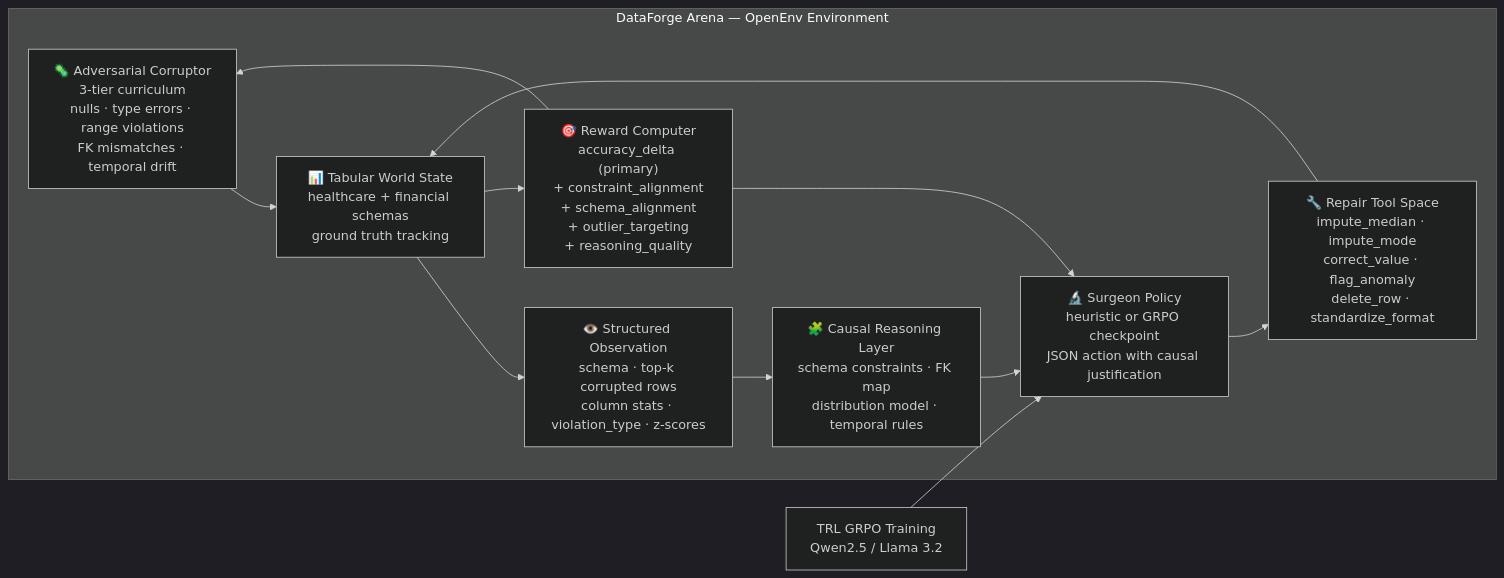
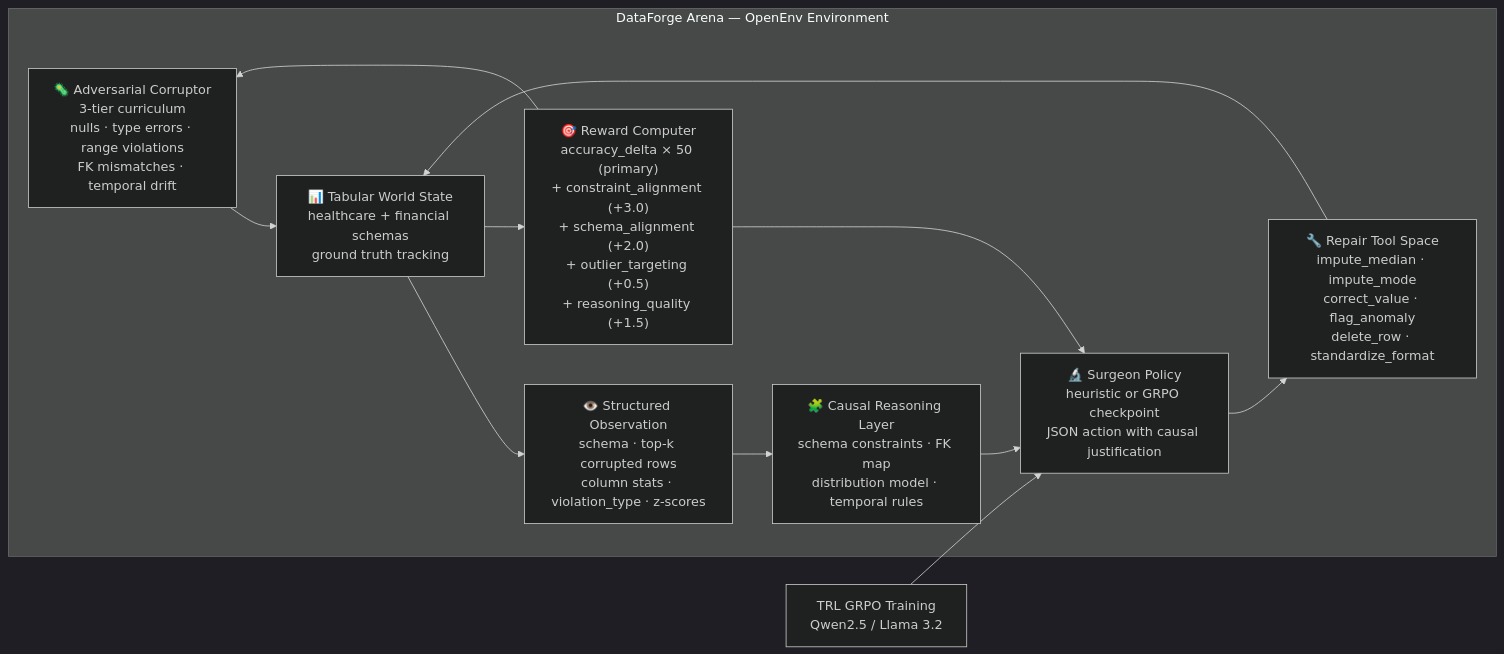
The diagram in README.md (vivekyarra/dataforge-arena), drawn with Mermaid (dark theme) before and after one commit. The commit also changed other lines of this file and 23 other files, not shown here.

````diff
--- a/README.md
+++ b/README.md
@@ -145,15 +149,15 @@
 ```mermaid
 flowchart LR
     subgraph OPENENV["DataForge Arena — OpenEnv Environment"]
         C["🦠 Adversarial Corruptor\n3-tier curriculum\nnulls · type errors · range violations\nFK mismatches · temporal drift"]
         E["📊 Tabular World State\nhealthcare + financial schemas\nground truth tracking"]
         O["👁️ Structured Observation\nschema · top-k corrupted rows\ncolumn stats · violation_type · z-scores"]
         W["🧩 Causal Reasoning Layer\nschema constraints · FK map\ndistribution model · temporal rules"]
         A["🔬 Surgeon Policy\nheuristic or GRPO checkpoint\nJSON action with causal justification"]
         T["🔧 Repair Tool Space\nimpute_median · impute_mode\ncorrect_value · flag_anomaly\ndelete_row · standardize_format"]
-        R["🎯 Reward Computer\naccuracy_delta (primary)\n+ constraint_alignment\n+ schema_alignment\n+ outlier_targeting\n+ reasoning_quality"]
+        R["🎯 Reward Computer\naccuracy_delta × 50 (primary)\n+ constraint_alignment (+3.0)\n+ schema_alignment (+2.0)\n+ outlier_targeting (+0.5)\n+ reasoning_quality (+1.5)"]
         C --> E --> O --> W --> A --> T --> E --> R --> A
         R --> C
     end
     TRL["TRL GRPO Training\nQwen2.5 / Llama 3.2"] --> A
 ```
````
